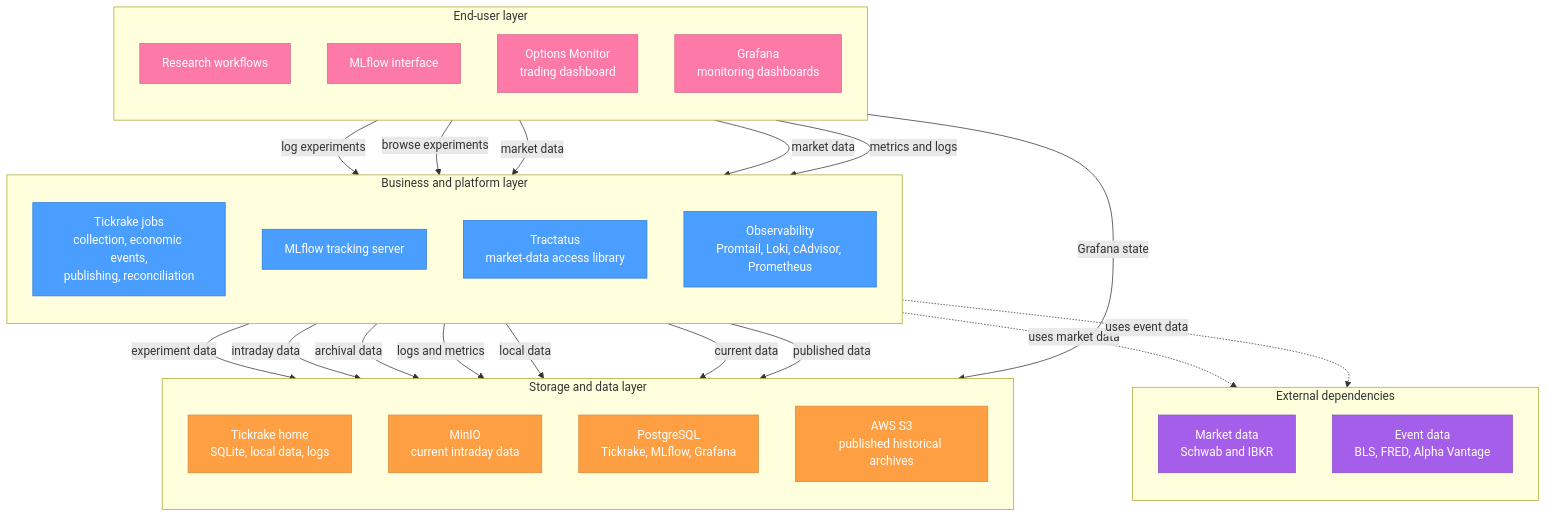
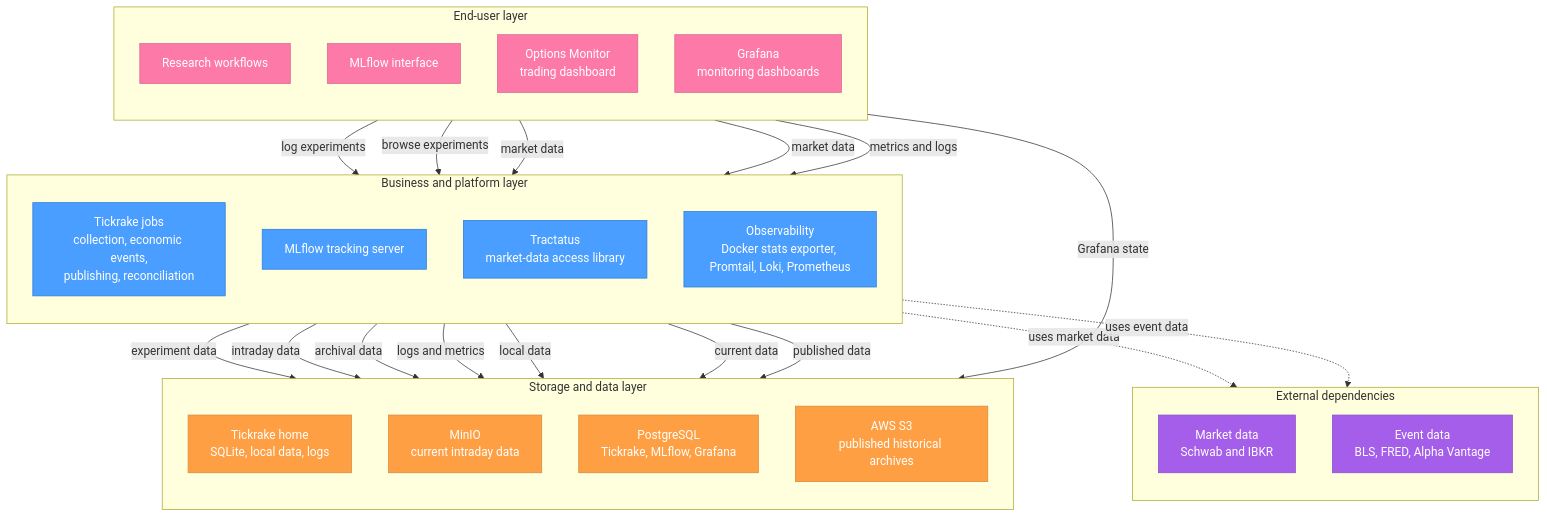
Before and after one commit to jwplatta/quant-infra: the diagram in docs/architecture-diagram.md, drawn with Mermaid.

Commit message:
docs: remove cadvisor from component diagram

````diff
--- a/docs/architecture-diagram.md
+++ b/docs/architecture-diagram.md
@@ -3,60 +3,60 @@
 ```mermaid
 flowchart TB
     subgraph users["End-user layer"]
         direction TB
         research["Research workflows"]
         mlflowInterface["MLflow interface"]
         trading["Options Monitor<br/>trading dashboard"]
         operations["Grafana<br/>monitoring dashboards"]
     end
 
     subgraph services["Business and platform layer"]
         direction TB
         tickrake["Tickrake jobs<br/>collection, economic events,<br/>publishing, reconciliation"]
         mlflowTracking["MLflow tracking server"]
         tractatus["Tractatus<br/>market-data access library"]
-        observability["Observability<br/>Promtail, Loki, cAdvisor, Prometheus"]
+        observability["Observability<br/>Docker stats exporter, Promtail, Loki, Prometheus"]
     end
 
     subgraph storage["Storage and data layer"]
         direction TB
         tickrakeHome["Tickrake home<br/>SQLite, local data, logs"]
         minio["MinIO<br/>current intraday data"]
         postgres["PostgreSQL<br/>Tickrake, MLflow, Grafana"]
         s3["AWS S3<br/>published historical archives"]
     end
 
     subgraph external["External dependencies"]
         direction TB
         marketData["Market data<br/>Schwab and IBKR"]
         eventData["Event data<br/>BLS, FRED, Alpha Vantage"]
     end
 
     research -->|"log experiments"| mlflowTracking
     mlflowInterface -->|"browse experiments"| mlflowTracking
     research -->|"market data"| tractatus
     trading -->|"market data"| tractatus
     operations -->|"metrics and logs"| observability
     operations -->|"Grafana state"| postgres
 
     mlflowTracking -->|"experiment data"| postgres
     tractatus -->|"intraday data"| minio
     tractatus -->|"archival data"| s3
     observability -->|"logs and metrics"| tickrakeHome
     tickrake -->|"local data"| tickrakeHome
     tickrake -->|"current data"| minio
     tickrake -->|"published data"| s3
 
     tickrake -.->|"uses market data"| marketData
     tickrake -.->|"uses event data"| eventData
 
     classDef user fill:#fd79a8,stroke:#d66a8e,color:#fff
     classDef service fill:#4a9eff,stroke:#2d7cd6,color:#fff
     classDef data fill:#ff9f43,stroke:#d68c3a,color:#fff
     classDef dependency fill:#a55eea,stroke:#8e4ec6,color:#fff
 
     class research,mlflowInterface,trading,operations user
     class tickrake,mlflowTracking,tractatus,observability service
     class tickrakeHome,minio,postgres,s3 data
     class marketData,eventData dependency
 ```
````
